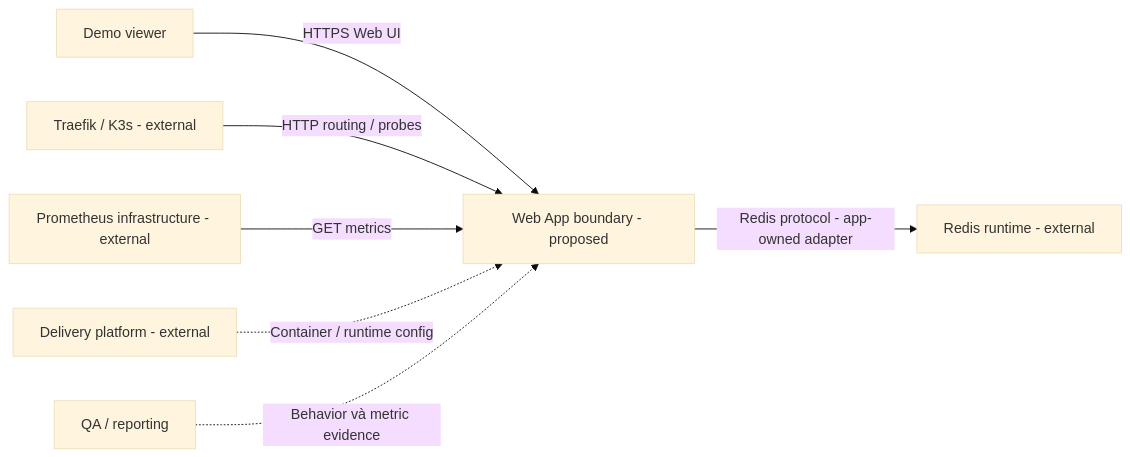
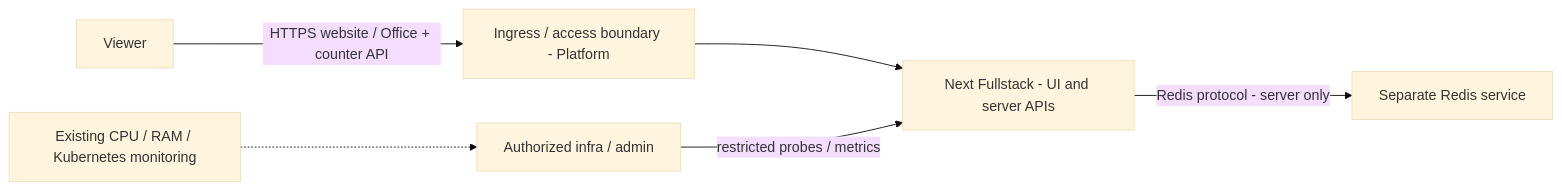
Before and after one commit to helios-ryuu/devsecops-gitops-with-k8s: the first of 3 diagrams in docs/web-app/official/architecture.md, drawn with Mermaid (base theme). The commit also changed other lines of this file and 6 other files, not shown here.

````diff
--- a/docs/web-app/official/architecture.md
+++ b/docs/web-app/official/architecture.md
@@ -48,9 +23,8 @@
 ```mermaid
 flowchart LR
-    V["Demo viewer"] -->|"HTTPS Web UI"| W["Web App boundary - proposed"]
-    I["Traefik / K3s - external"] -->|"HTTP routing / probes"| W
-    M["Prometheus infrastructure - external"] -->|"GET metrics"| W
-    W -->|"Redis protocol - app-owned adapter"| R["Redis runtime - external"]
-    D["Delivery platform - external"] -.->|"Container / runtime config"| W
-    Q["QA / reporting"] -.->|"Behavior và metric evidence"| W
+    V["Viewer"] -->|"HTTPS website / Office + counter API"| Edge["Ingress / access boundary - Platform"]
+    Edge --> N["Next Fullstack - UI and server APIs"]
+    Infra["Authorized infra / admin"] -->|"restricted probes / metrics"| N
+    N -->|"Redis protocol - server only"| R["Separate Redis service"]
+    Mon["Existing CPU / RAM / Kubernetes monitoring"] -.-> Infra
 ```
````
